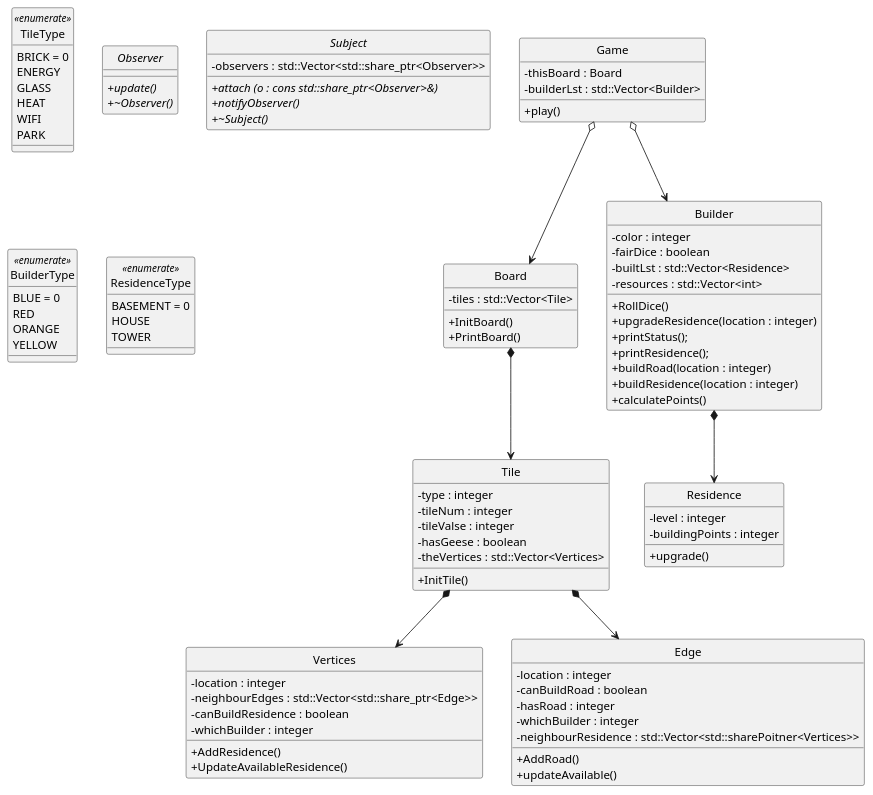
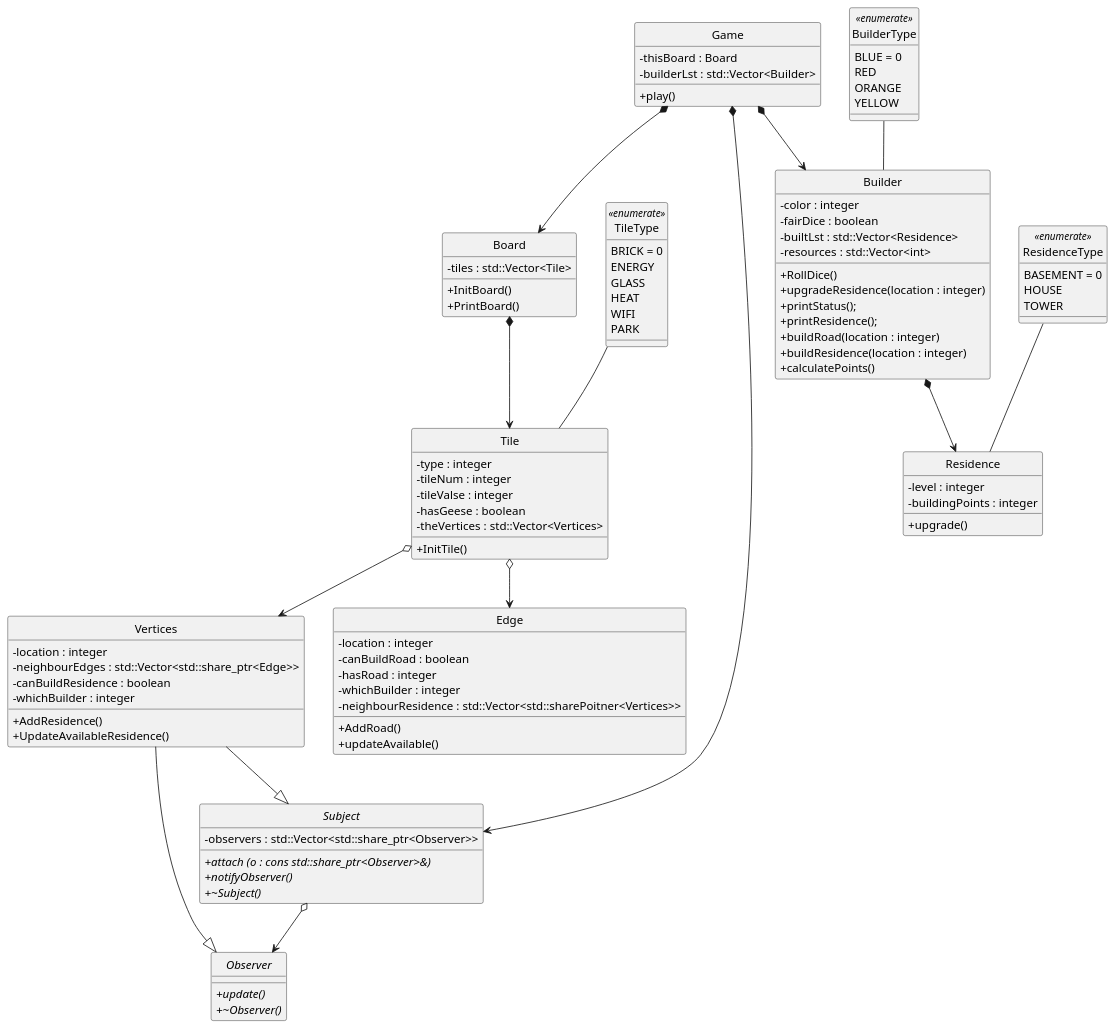
One commit to Charles-Shang/constructor changed the diagram in UML.wsd. Above: the diagram before and after it, drawn with PlantUML.

```diff
--- a/UML.wsd
+++ b/UML.wsd
@@ -1,118 +1,114 @@
 @startuml CS246 Final Project UML 
 skinparam style strictuml
 skinparam SequenceMessageAlignment center
 skinparam classAttributeIconSize 0
 
-' class Board  
-' class TileType
-' class Tile
-' class Observer
-' class Subject
-' class Vertices
-' class Edge
-' class BuilderType
-' class Builder
-' class ResidenceType
-' class Residence
-' class Game
 
 class Board  {
     -tiles : std::Vector<Tile>
     +InitBoard()
     +PrintBoard()
 } 
 
 enum TileType << enumerate >> {
     BRICK = 0
     ENERGY 
     GLASS 
     HEAT 
     WIFI 
     PARK
 }
 
 class Tile {
     - type : integer
     - tileNum : integer
     - tileValse : integer
     - hasGeese : boolean
     - theVertices : std::Vector<Vertices>
     + InitTile()
 } 
 abstract class Observer {
     + {abstract} update()
     + {abstract} ~Observer()
 }
 
 abstract class Subject {
     - observers : std::Vector<std::share_ptr<Observer>>
     + {abstract} attach (o : cons std::share_ptr<Observer>&)
     + {abstract} notifyObserver()
     + {abstract} ~Subject()
 }
 
 class Vertices {
     - location : integer
     - neighbourEdges : std::Vector<std::share_ptr<Edge>> 
     - canBuildResidence : boolean
     - whichBuilder : integer
     + AddResidence()
     + UpdateAvailableResidence()
 }
 
 class Edge {
     - location : integer 
     - canBuildRoad : boolean
     - hasRoad : integer 
     - whichBuilder : integer 
     - neighbourResidence : std::Vector<std::sharePoitner<Vertices>>
     + AddRoad()
     + updateAvailable() 
 }
 
 enum BuilderType << enumerate >> {
     BLUE = 0
     RED 
     ORANGE 
     YELLOW 
 }
 
 class Builder {
     - color : integer 
     - fairDice : boolean
     - builtLst : std::Vector<Residence> 
     - resources : std::Vector<int>
     + RollDice()
     + upgradeResidence(location : integer)
     + printStatus();
     + printResidence();
     + buildRoad(location : integer) 
     + buildResidence(location : integer)
     + calculatePoints()
 }
 
 enum ResidenceType << enumerate >> {
     BASEMENT = 0
     HOUSE
     TOWER  
 }
 
 class Residence {
     - level : integer 
     - buildingPoints : integer 
     + upgrade()
 }
 
 class Game {
     - thisBoard : Board 
     - builderLst : std::Vector<Builder>
     + play()
 }
-Game o--> Board
-Game o--> Builder
+
+Game *--> Board
+Game *--> Subject
+Subject o-->  Observer
+Vertices --|> Subject 
+Vertices --|> Observer 
+Game *--> Builder
 Board *--> Tile
-Tile *--> Edge
-Tile *--> Vertices
+Tile o--> Edge
+Tile o--> Vertices
 Builder *--> Residence
+BuilderType -- Builder 
+TileType -- Tile 
+ResidenceType -- Residence
 
 @enduml
```
